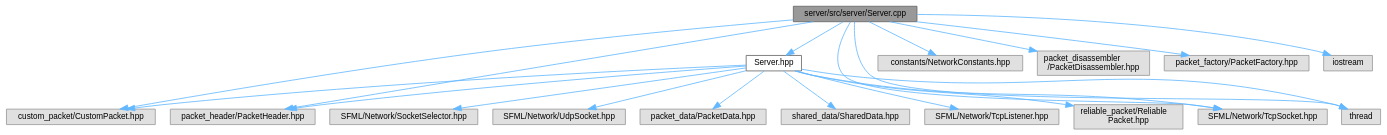
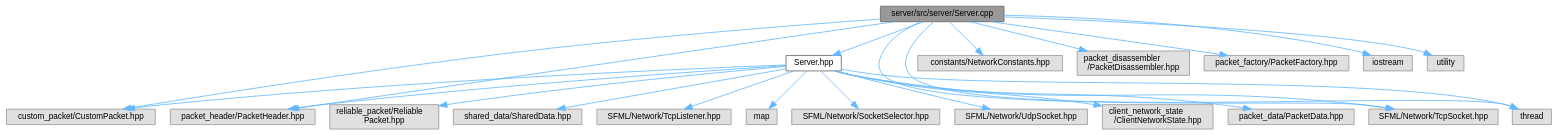
The diagram in Server_8cpp__incl.dot (Houpsi/R-Type), drawn with Graphviz before and after one commit. The commit also changed 158 other files, not shown here.

```diff
--- a/Server_8cpp__incl.dot
+++ b/Server_8cpp__incl.dot
@@ -1,42 +1,48 @@
 digraph "server/src/server/Server.cpp"
 {
  // LATEX_PDF_SIZE
   bgcolor="transparent";
   edge [fontname=Helvetica,fontsize=10,labelfontname=Helvetica,labelfontsize=10];
   node [fontname=Helvetica,fontsize=10,shape=box,height=0.2,width=0.4];
   Node1 [id="Node000001",label="server/src/server/Server.cpp",height=0.2,width=0.4,color="gray40", fillcolor="grey60", style="filled", fontcolor="black",tooltip=" "];
   Node1 -> Node2 [id="edge1_Node000001_Node000002",color="steelblue1",style="solid",tooltip=" "];
   Node2 [id="Node000002",label="Server.hpp",height=0.2,width=0.4,color="grey40", fillcolor="white", style="filled",URL="$Server_8hpp.html",tooltip=" "];
   Node2 -> Node3 [id="edge2_Node000002_Node000003",color="steelblue1",style="solid",tooltip=" "];
   Node3 [id="Node000003",label="SFML/Network/SocketSelector.hpp",height=0.2,width=0.4,color="grey60", fillcolor="#E0E0E0", style="filled",tooltip=" "];
   Node2 -> Node4 [id="edge3_Node000002_Node000004",color="steelblue1",style="solid",tooltip=" "];
   Node4 [id="Node000004",label="SFML/Network/UdpSocket.hpp",height=0.2,width=0.4,color="grey60", fillcolor="#E0E0E0", style="filled",tooltip=" "];
   Node2 -> Node5 [id="edge4_Node000002_Node000005",color="steelblue1",style="solid",tooltip=" "];
-  Node5 [id="Node000005",label="custom_packet/CustomPacket.hpp",height=0.2,width=0.4,color="grey60", fillcolor="#E0E0E0", style="filled",tooltip=" "];
+  Node5 [id="Node000005",label="client_network_state\l/ClientNetworkState.hpp",height=0.2,width=0.4,color="grey60", fillcolor="#E0E0E0", style="filled",tooltip=" "];
   Node2 -> Node6 [id="edge5_Node000002_Node000006",color="steelblue1",style="solid",tooltip=" "];
-  Node6 [id="Node000006",label="packet_data/PacketData.hpp",height=0.2,width=0.4,color="grey60", fillcolor="#E0E0E0", style="filled",tooltip=" "];
+  Node6 [id="Node000006",label="custom_packet/CustomPacket.hpp",height=0.2,width=0.4,color="grey60", fillcolor="#E0E0E0", style="filled",tooltip=" "];
   Node2 -> Node7 [id="edge6_Node000002_Node000007",color="steelblue1",style="solid",tooltip=" "];
-  Node7 [id="Node000007",label="packet_header/PacketHeader.hpp",height=0.2,width=0.4,color="grey60", fillcolor="#E0E0E0", style="filled",tooltip=" "];
+  Node7 [id="Node000007",label="packet_data/PacketData.hpp",height=0.2,width=0.4,color="grey60", fillcolor="#E0E0E0", style="filled",tooltip=" "];
   Node2 -> Node8 [id="edge7_Node000002_Node000008",color="steelblue1",style="solid",tooltip=" "];
-  Node8 [id="Node000008",label="shared_data/SharedData.hpp",height=0.2,width=0.4,color="grey60", fillcolor="#E0E0E0", style="filled",tooltip=" "];
+  Node8 [id="Node000008",label="packet_header/PacketHeader.hpp",height=0.2,width=0.4,color="grey60", fillcolor="#E0E0E0", style="filled",tooltip=" "];
   Node2 -> Node9 [id="edge8_Node000002_Node000009",color="steelblue1",style="solid",tooltip=" "];
-  Node9 [id="Node000009",label="SFML/Network/TcpListener.hpp",height=0.2,width=0.4,color="grey60", fillcolor="#E0E0E0", style="filled",tooltip=" "];
+  Node9 [id="Node000009",label="reliable_packet/Reliable\lPacket.hpp",height=0.2,width=0.4,color="grey60", fillcolor="#E0E0E0", style="filled",tooltip=" "];
   Node2 -> Node10 [id="edge9_Node000002_Node000010",color="steelblue1",style="solid",tooltip=" "];
-  Node10 [id="Node000010",label="SFML/Network/TcpSocket.hpp",height=0.2,width=0.4,color="grey60", fillcolor="#E0E0E0", style="filled",tooltip=" "];
+  Node10 [id="Node000010",label="shared_data/SharedData.hpp",height=0.2,width=0.4,color="grey60", fillcolor="#E0E0E0", style="filled",tooltip=" "];
   Node2 -> Node11 [id="edge10_Node000002_Node000011",color="steelblue1",style="solid",tooltip=" "];
-  Node11 [id="Node000011",label="thread",height=0.2,width=0.4,color="grey60", fillcolor="#E0E0E0", style="filled",tooltip=" "];
+  Node11 [id="Node000011",label="SFML/Network/TcpListener.hpp",height=0.2,width=0.4,color="grey60", fillcolor="#E0E0E0", style="filled",tooltip=" "];
   Node2 -> Node12 [id="edge11_Node000002_Node000012",color="steelblue1",style="solid",tooltip=" "];
-  Node12 [id="Node000012",label="reliable_packet/Reliable\lPacket.hpp",height=0.2,width=0.4,color="grey60", fillcolor="#E0E0E0", style="filled",tooltip=" "];
-  Node1 -> Node10 [id="edge12_Node000001_Node000010",color="steelblue1",style="solid",tooltip=" "];
-  Node1 -> Node13 [id="edge13_Node000001_Node000013",color="steelblue1",style="solid",tooltip=" "];
-  Node13 [id="Node000013",label="constants/NetworkConstants.hpp",height=0.2,width=0.4,color="grey60", fillcolor="#E0E0E0", style="filled",tooltip=" "];
-  Node1 -> Node5 [id="edge14_Node000001_Node000005",color="steelblue1",style="solid",tooltip=" "];
-  Node1 -> Node14 [id="edge15_Node000001_Node000014",color="steelblue1",style="solid",tooltip=" "];
-  Node14 [id="Node000014",label="packet_disassembler\l/PacketDisassembler.hpp",height=0.2,width=0.4,color="grey60", fillcolor="#E0E0E0", style="filled",tooltip=" "];
-  Node1 -> Node15 [id="edge16_Node000001_Node000015",color="steelblue1",style="solid",tooltip=" "];
-  Node15 [id="Node000015",label="packet_factory/PacketFactory.hpp",height=0.2,width=0.4,color="grey60", fillcolor="#E0E0E0", style="filled",tooltip=" "];
-  Node1 -> Node7 [id="edge17_Node000001_Node000007",color="steelblue1",style="solid",tooltip=" "];
-  Node1 -> Node16 [id="edge18_Node000001_Node000016",color="steelblue1",style="solid",tooltip=" "];
-  Node16 [id="Node000016",label="iostream",height=0.2,width=0.4,color="grey60", fillcolor="#E0E0E0", style="filled",tooltip=" "];
-  Node1 -> Node11 [id="edge19_Node000001_Node000011",color="steelblue1",style="solid",tooltip=" "];
+  Node12 [id="Node000012",label="SFML/Network/TcpSocket.hpp",height=0.2,width=0.4,color="grey60", fillcolor="#E0E0E0", style="filled",tooltip=" "];
+  Node2 -> Node13 [id="edge12_Node000002_Node000013",color="steelblue1",style="solid",tooltip=" "];
+  Node13 [id="Node000013",label="map",height=0.2,width=0.4,color="grey60", fillcolor="#E0E0E0", style="filled",tooltip=" "];
+  Node2 -> Node14 [id="edge13_Node000002_Node000014",color="steelblue1",style="solid",tooltip=" "];
+  Node14 [id="Node000014",label="thread",height=0.2,width=0.4,color="grey60", fillcolor="#E0E0E0", style="filled",tooltip=" "];
+  Node1 -> Node12 [id="edge14_Node000001_Node000012",color="steelblue1",style="solid",tooltip=" "];
+  Node1 -> Node15 [id="edge15_Node000001_Node000015",color="steelblue1",style="solid",tooltip=" "];
+  Node15 [id="Node000015",label="constants/NetworkConstants.hpp",height=0.2,width=0.4,color="grey60", fillcolor="#E0E0E0", style="filled",tooltip=" "];
+  Node1 -> Node6 [id="edge16_Node000001_Node000006",color="steelblue1",style="solid",tooltip=" "];
+  Node1 -> Node16 [id="edge17_Node000001_Node000016",color="steelblue1",style="solid",tooltip=" "];
+  Node16 [id="Node000016",label="packet_disassembler\l/PacketDisassembler.hpp",height=0.2,width=0.4,color="grey60", fillcolor="#E0E0E0", style="filled",tooltip=" "];
+  Node1 -> Node17 [id="edge18_Node000001_Node000017",color="steelblue1",style="solid",tooltip=" "];
+  Node17 [id="Node000017",label="packet_factory/PacketFactory.hpp",height=0.2,width=0.4,color="grey60", fillcolor="#E0E0E0", style="filled",tooltip=" "];
+  Node1 -> Node8 [id="edge19_Node000001_Node000008",color="steelblue1",style="solid",tooltip=" "];
+  Node1 -> Node18 [id="edge20_Node000001_Node000018",color="steelblue1",style="solid",tooltip=" "];
+  Node18 [id="Node000018",label="iostream",height=0.2,width=0.4,color="grey60", fillcolor="#E0E0E0", style="filled",tooltip=" "];
+  Node1 -> Node14 [id="edge21_Node000001_Node000014",color="steelblue1",style="solid",tooltip=" "];
+  Node1 -> Node19 [id="edge22_Node000001_Node000019",color="steelblue1",style="solid",tooltip=" "];
+  Node19 [id="Node000019",label="utility",height=0.2,width=0.4,color="grey60", fillcolor="#E0E0E0", style="filled",tooltip=" "];
 }
```
